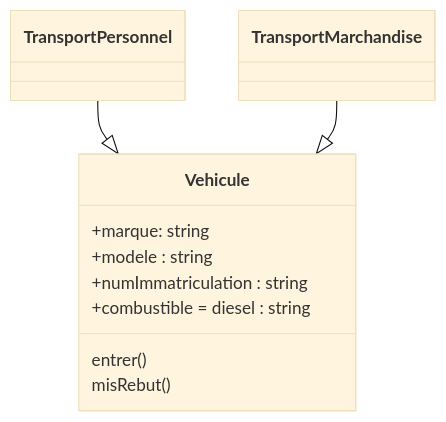
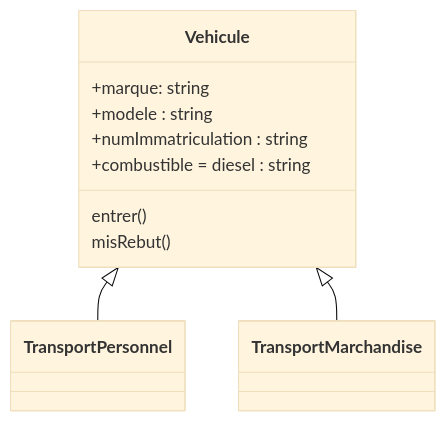
One commit to elghallali/ProfMadkourTDs changed the diagram in README.md. Above: the diagram before and after it, drawn with Mermaid (base theme).

````diff
--- a/README.md
+++ b/README.md
@@ -110,13 +110,13 @@
 ```mermaid
 classDiagram
     class Vehicule{
         +marque: string
         +modele : string
         +numImmatriculation : string
         +combustible = diesel : string
         entrer()
         misRebut()
     }
-    TransportPersonnel --|> Vehicule
-    TransportMarchandise --|> Vehicule
+    Vehicule <|-- TransportPersonnel
+    Vehicule <|-- TransportMarchandise
 ```
````
